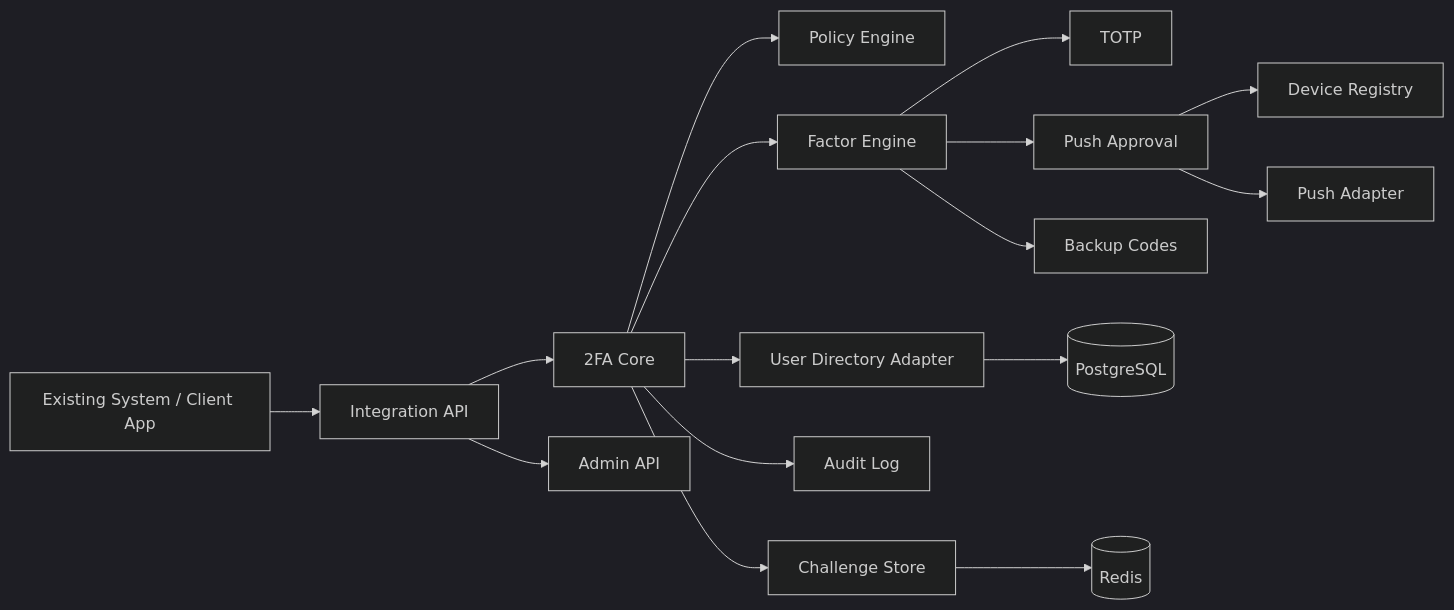
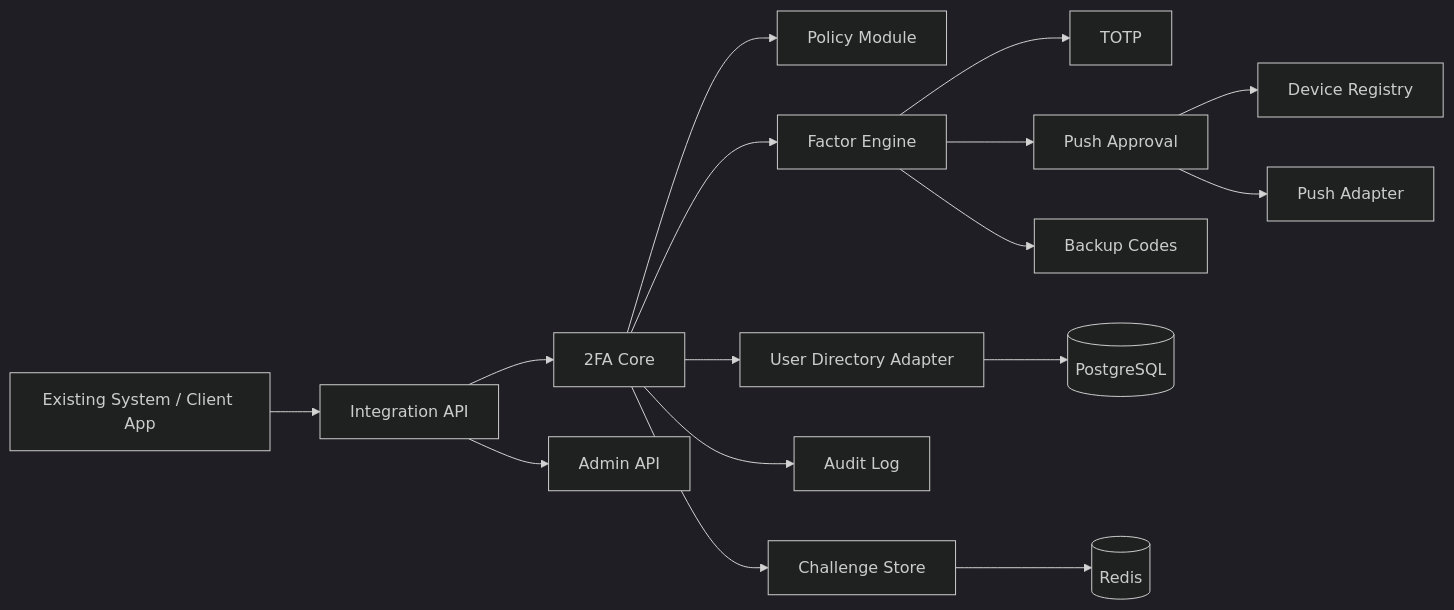
Before and after one commit to fangarh/DT-1520-Authenticator: the diagram in OTP/Architecture/Service Architecture.md, drawn with Mermaid (dark theme). The commit also changed other lines of this file and 186 other files, not shown here.

````diff
--- a/OTP/Architecture/Service Architecture.md
+++ b/OTP/Architecture/Service Architecture.md
@@ -19,18 +19,18 @@
 ```mermaid
 flowchart LR
     Client[Existing System / Client App] --> Gateway[Integration API]
     Gateway --> Core[2FA Core]
     Gateway --> Admin[Admin API]
-    Core --> Policy[Policy Engine]
+    Core --> Policy[Policy Module]
     Core --> Factors[Factor Engine]
     Factors --> Totp[TOTP]
     Factors --> Push[Push Approval]
     Factors --> Backup[Backup Codes]
     Push --> Devices[Device Registry]
     Push --> Notify[Push Adapter]
     Core --> Sessions[Challenge Store]
     Core --> Audit[Audit Log]
     Core --> Directory[User Directory Adapter]
     Directory --> Db[(PostgreSQL)]
     Sessions --> Redis[(Redis)]
 ```
````
